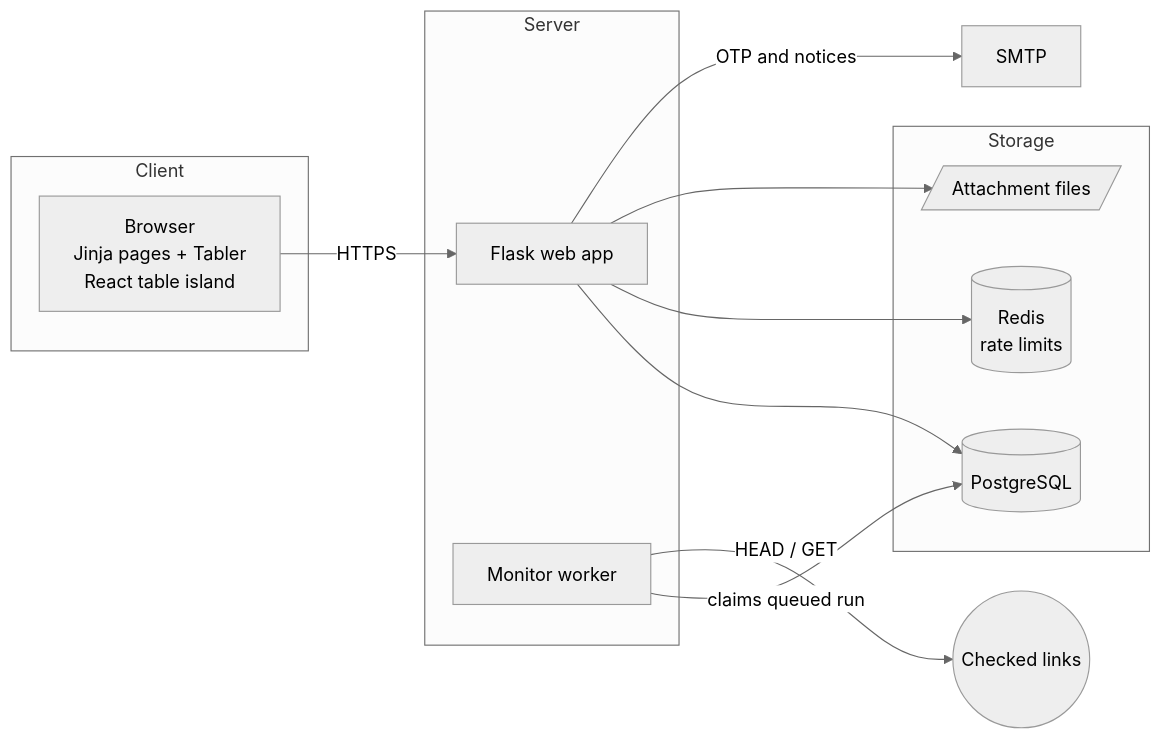
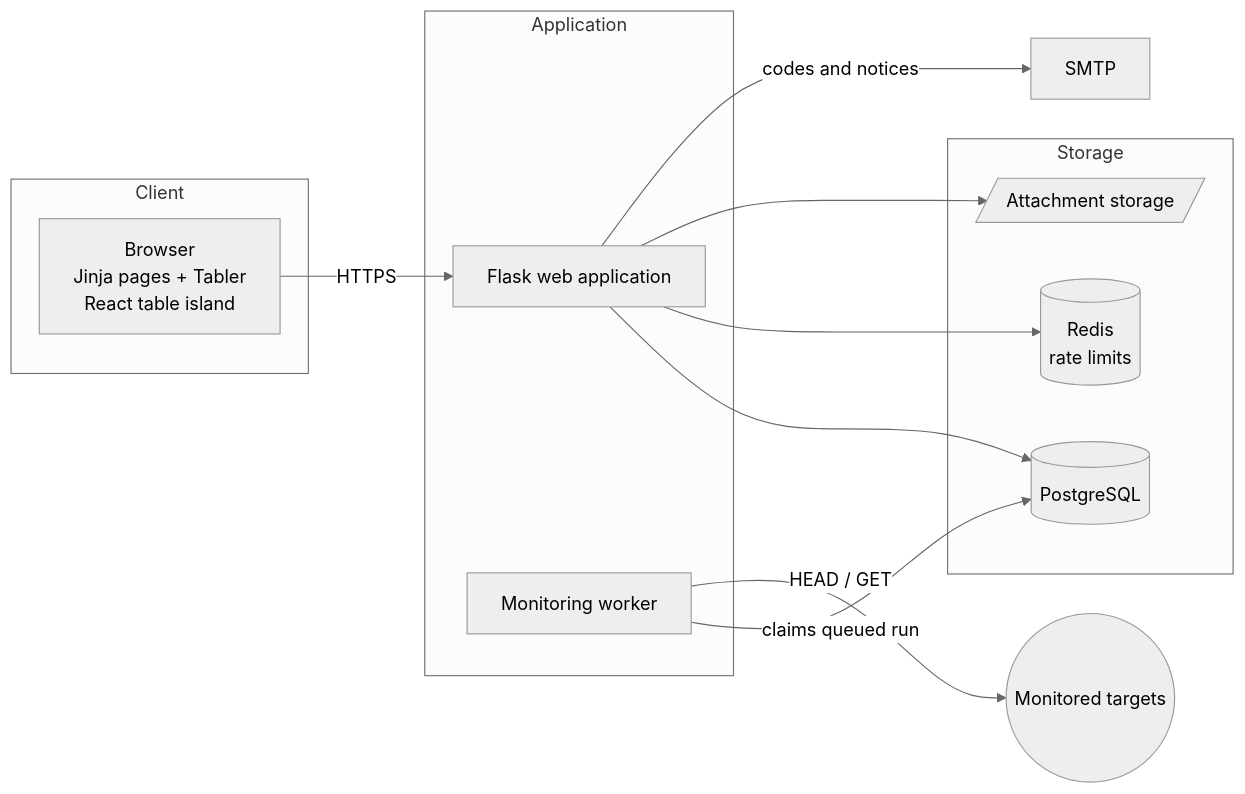
The first of 8 diagrams in .github/README.md (Masbismaa/mtoa_alr), drawn with Mermaid (neutral theme) before and after one commit. The commit also changed other lines of this file and 3 other files, not shown here.

````diff
--- a/.github/README.md
+++ b/.github/README.md
@@ -343,22 +370,22 @@
 ```mermaid
 flowchart LR
     subgraph Client
         B[Browser<br/>Jinja pages + Tabler<br/>React table island]
     end
-    subgraph Server
-        W[Flask web app]
-        K[Monitor worker]
+    subgraph Application
+        W[Flask web application]
+        K[Monitoring worker]
     end
     subgraph Storage
         DB[(PostgreSQL)]
         R[(Redis<br/>rate limits)]
-        F[/Attachment files/]
+        F[/Attachment storage/]
     end
     B -->|HTTPS| W
     W --> DB
     W --> R
     W --> F
-    W -->|OTP and notices| M[SMTP]
+    W -->|codes and notices| M[SMTP]
     K -->|claims queued run| DB
-    K -->|HEAD / GET| T((Checked links))
+    K -->|HEAD / GET| T((Monitored targets))
 ```
````
